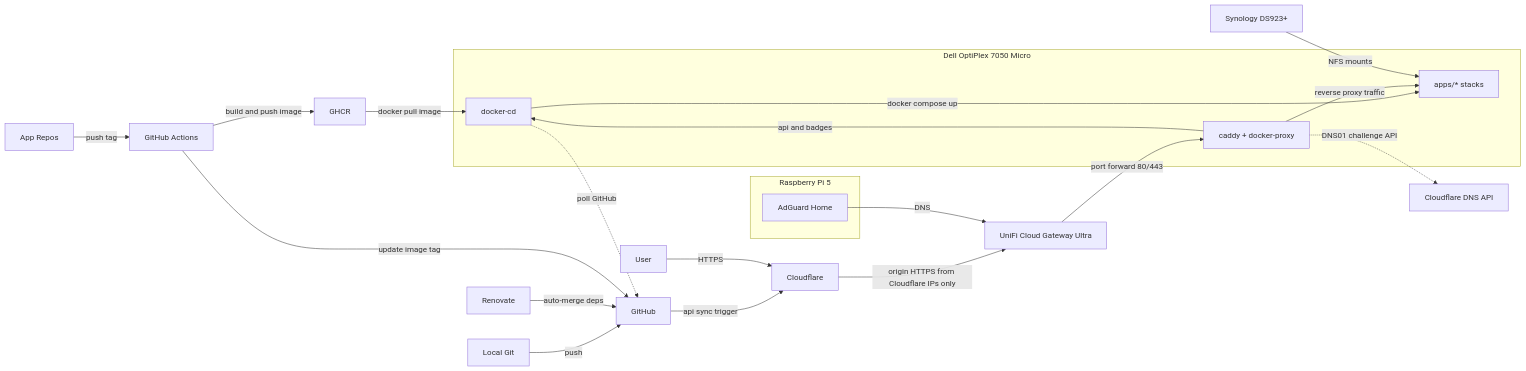
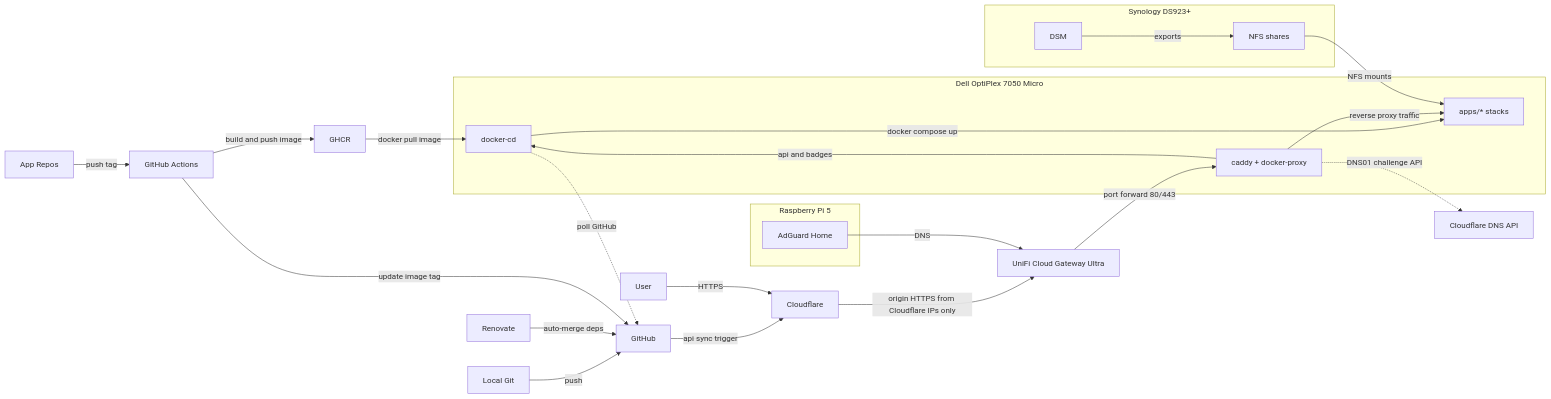
Before and after one commit to wajeht/home-ops: the diagram in README.md, drawn with Mermaid.

Commit message:
docs: add Synology NAS diagram to architecture overview

````diff
--- a/README.md
+++ b/README.md
@@ -16,32 +16,38 @@
 ```mermaid
 flowchart LR
     subgraph dell[Dell OptiPlex 7050 Micro]
         docker_cd[docker-cd]
         caddy[caddy + docker-proxy]
         apps[apps/* stacks]
     end
 
     subgraph pi[Raspberry Pi 5]
         adguard[AdGuard Home]
+    end
+
+    subgraph synology[Synology DS923+]
+        nas_dsm[DSM]
+        nas_nfs[NFS shares]
     end
 
     local_git[Local Git] -->|push| github[GitHub]
     app_repo[App Repos] -->|push tag| actions[GitHub Actions]
     renovate[Renovate] -->|auto-merge deps| github
     actions -->|build and push image| ghcr[GHCR]
     actions -->|update image tag| github
     ghcr -->|docker pull image| docker_cd
     docker_cd -.->|poll GitHub| github
     github -->|api sync trigger| cloudflare[Cloudflare]
 
     user[User] -->|HTTPS| cloudflare
     cloudflare -->|origin HTTPS from Cloudflare IPs only| unifi[UniFi Cloud Gateway Ultra]
     adguard -->|DNS| unifi
 
     docker_cd -->|docker compose up| apps
     caddy -->|reverse proxy traffic| apps
     caddy -->|api and badges| docker_cd
     unifi -->|port forward 80/443| caddy
     caddy -.->|DNS01 challenge API| cloudflare_dns[Cloudflare DNS API]
-    nas[Synology DS923+] -->|NFS mounts| apps
+    nas_dsm -->|exports| nas_nfs
+    nas_nfs -->|NFS mounts| apps
 ```
````
